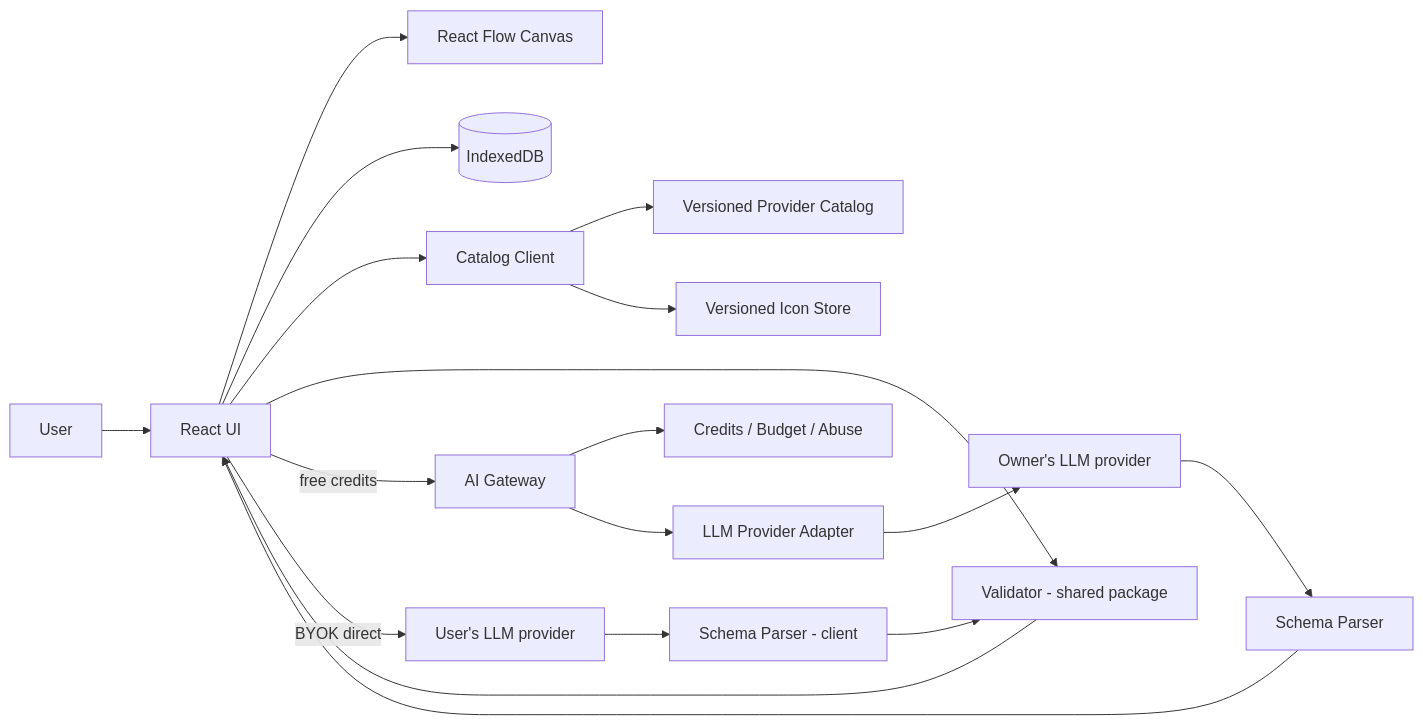
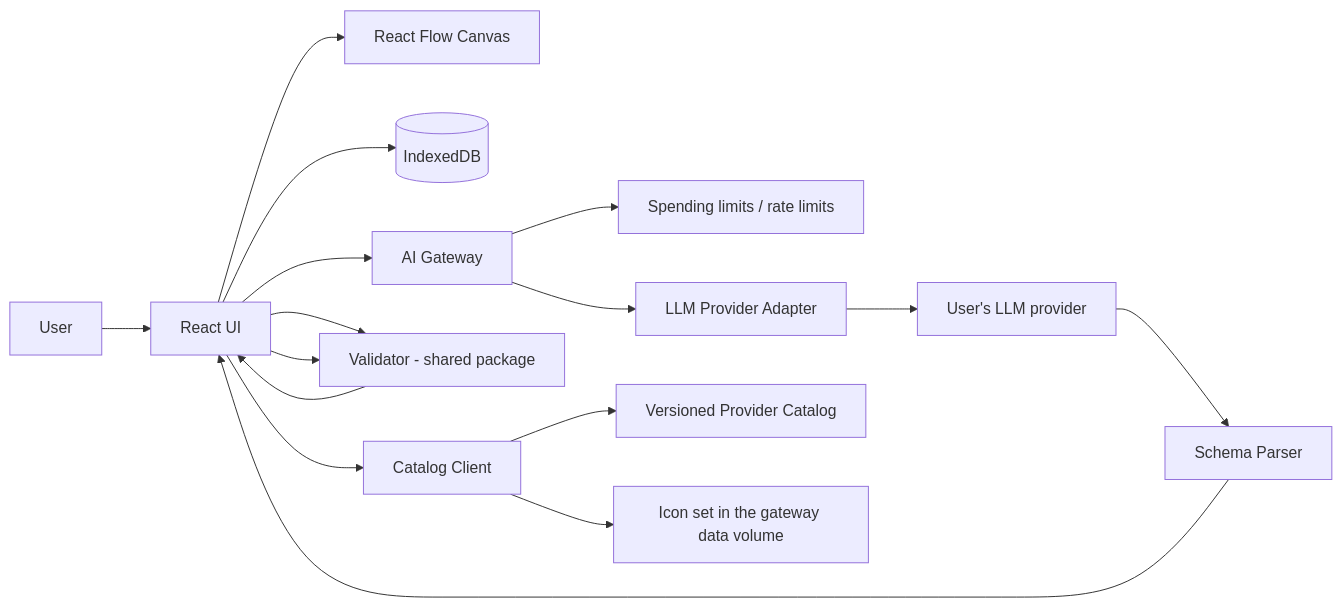
The diagram in docs/product/technical-architecture.md (aliaksandr-liapin/cloudarchitect-lite), drawn with Mermaid before and after one commit. The commit also changed other lines of this file and 111 other files, not shown here.

````diff
--- a/docs/product/technical-architecture.md
+++ b/docs/product/technical-architecture.md
@@ -38,20 +37,18 @@
 ```mermaid
 flowchart LR
   User --> UI[React UI]
   UI --> Canvas[React Flow Canvas]
   UI --> DB[(IndexedDB)]
   UI --> C[Catalog Client]
   UI --> V[Validator - shared package]
-  UI -->|free credits| API[AI Gateway]
-  UI -->|BYOK direct| LLMB[User's LLM provider]
-  API --> Abuse[Credits / Budget / Abuse]
+  UI --> API[AI Gateway]
+  API --> Limits[Spending limits / rate limits]
   API --> Adapter[LLM Provider Adapter]
-  Adapter --> LLM[Owner's LLM provider]
+  Adapter --> LLM[User's LLM provider]
   LLM --> Parse[Schema Parser]
-  LLMB --> ParseC[Schema Parser - client]
   Parse --> UI
-  ParseC --> V
+  UI --> V
   V --> UI
   C --> Catalog[Versioned Provider Catalog]
-  C --> Icons[Versioned Icon Store]
+  C --> Icons[Icon set in the gateway data volume]
 ```
````
